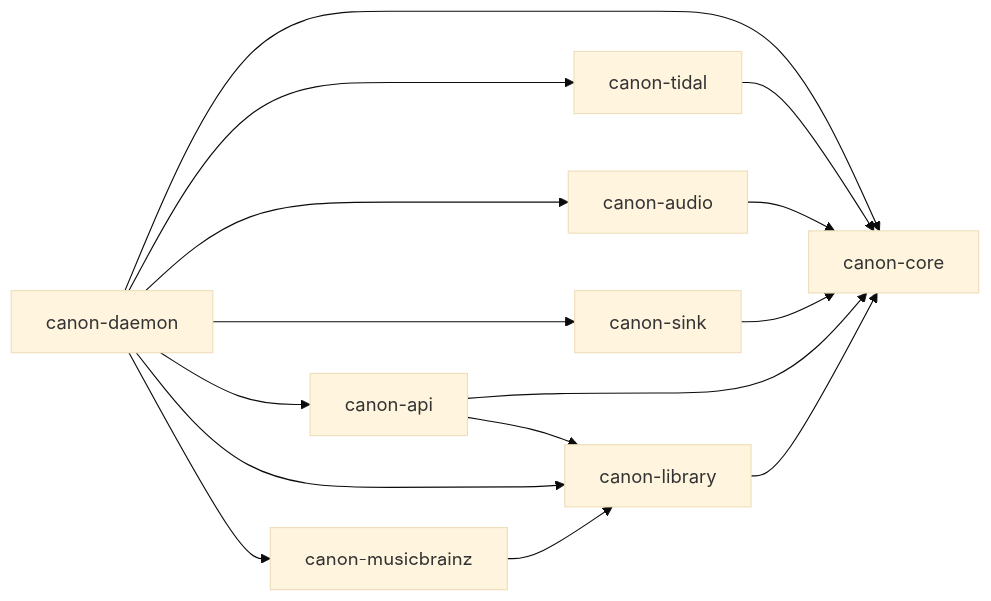
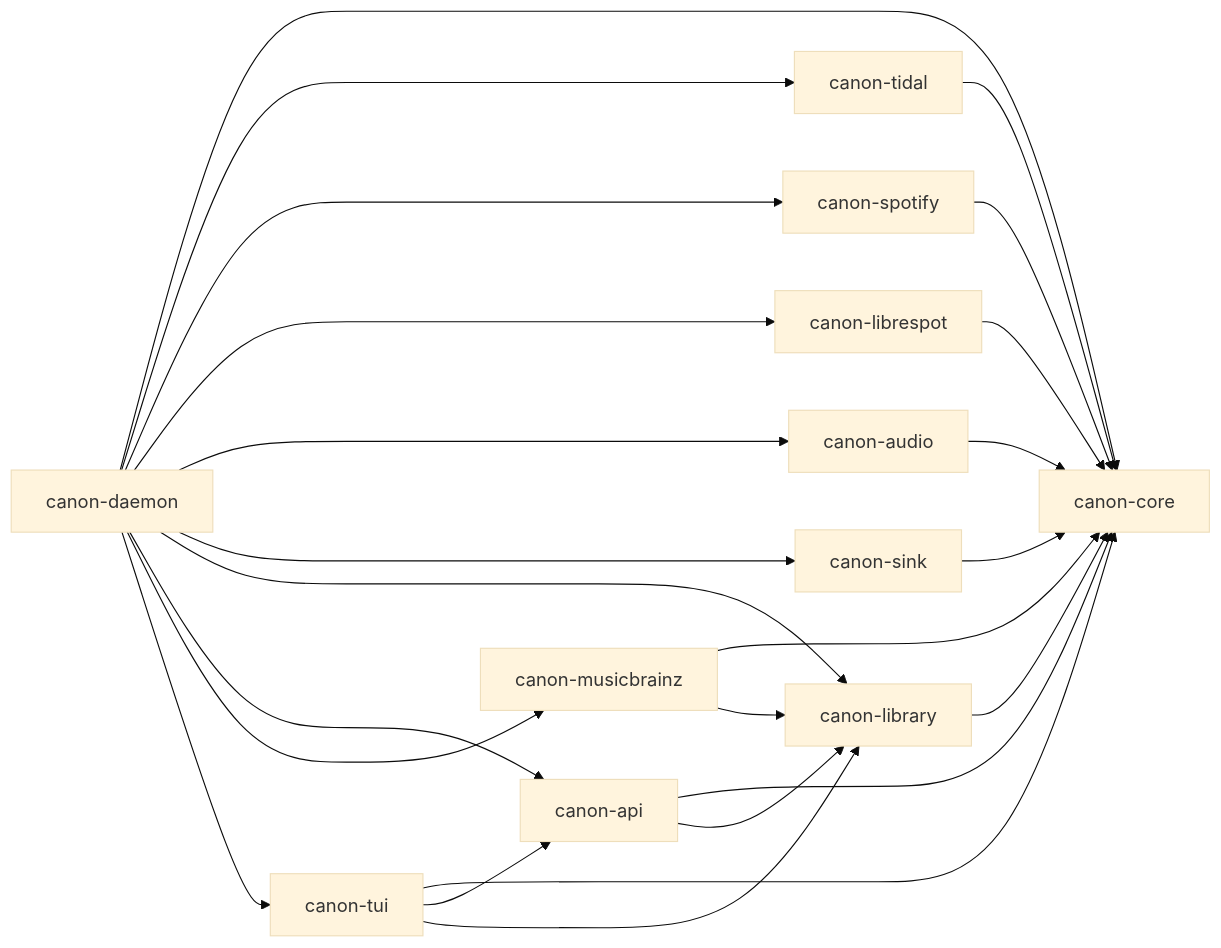
Before and after one commit to joelgwebber/canon: the second of 2 diagrams in docs/arch.md, drawn with Mermaid (base theme). The commit also changed other lines of this file, not shown here.

````diff
--- a/docs/arch.md
+++ b/docs/arch.md
@@ -108,17 +100,26 @@
 ```mermaid
 flowchart LR
     TIDAL[canon-tidal] --> CORE[canon-core]
-    LIB[canon-library] --> CORE
+    SPOTIFY[canon-spotify] --> CORE
+    LIBRESPOT[canon-librespot] --> CORE
     AUDIO[canon-audio] --> CORE
     SINK[canon-sink] --> CORE
+    LIB[canon-library] --> CORE
     API[canon-api] --> CORE
+    API --> LIB
+    MB[canon-musicbrainz] --> CORE
+    MB --> LIB
+    TUI[canon-tui] --> CORE
+    TUI --> API
+    TUI --> LIB
     DAEMON[canon-daemon] --> CORE
     DAEMON --> TIDAL
+    DAEMON --> SPOTIFY
+    DAEMON --> LIBRESPOT
     DAEMON --> AUDIO
     DAEMON --> SINK
+    DAEMON --> LIB
     DAEMON --> API
-    DAEMON --> LIB
-    API --> LIB
-    MB[canon-musicbrainz] --> LIB
     DAEMON --> MB
+    DAEMON --> TUI
 ```
````
